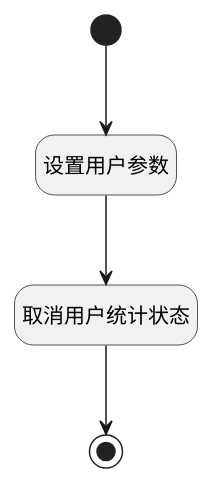
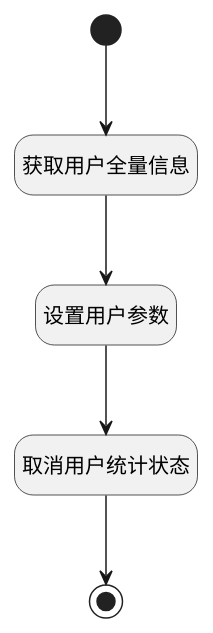
The diagram in doc/docsify/module/Base/user/logic/cancel_report_flag.md (iBizLab/plm), drawn with PlantUML before and after one commit. The commit also changed other lines of this file and 1276 other files, not shown here.

````diff
--- a/doc/docsify/module/Base/user/logic/cancel_report_flag.md
+++ b/doc/docsify/module/Base/user/logic/cancel_report_flag.md
@@ -7,23 +7,25 @@
 ```plantuml
 @startuml
 hide empty description
 <style>
 root {
   HyperlinkColor #42b983
 }
 </style>
 
 hide empty description
 state "开始" as Begin <<start>> [[$./cancel_report_flag#begin {"开始"}]]
+state "获取用户全量信息" as DEACTION2  [[$./cancel_report_flag#deaction2 {"获取用户全量信息"}]]
 state "设置用户参数" as PREPAREPARAM1  [[$./cancel_report_flag#prepareparam1 {"设置用户参数"}]]
 state "取消用户统计状态" as DEACTION1  [[$./cancel_report_flag#deaction1 {"取消用户统计状态"}]]
 state "结束" as END1 <<end>> [[$./cancel_report_flag#end1 {"结束"}]]
 
 
-Begin --> PREPAREPARAM1
+Begin --> DEACTION2
+DEACTION2 --> PREPAREPARAM1
 PREPAREPARAM1 --> DEACTION1
 DEACTION1 --> END1
 
 
 @enduml
 ```
````
